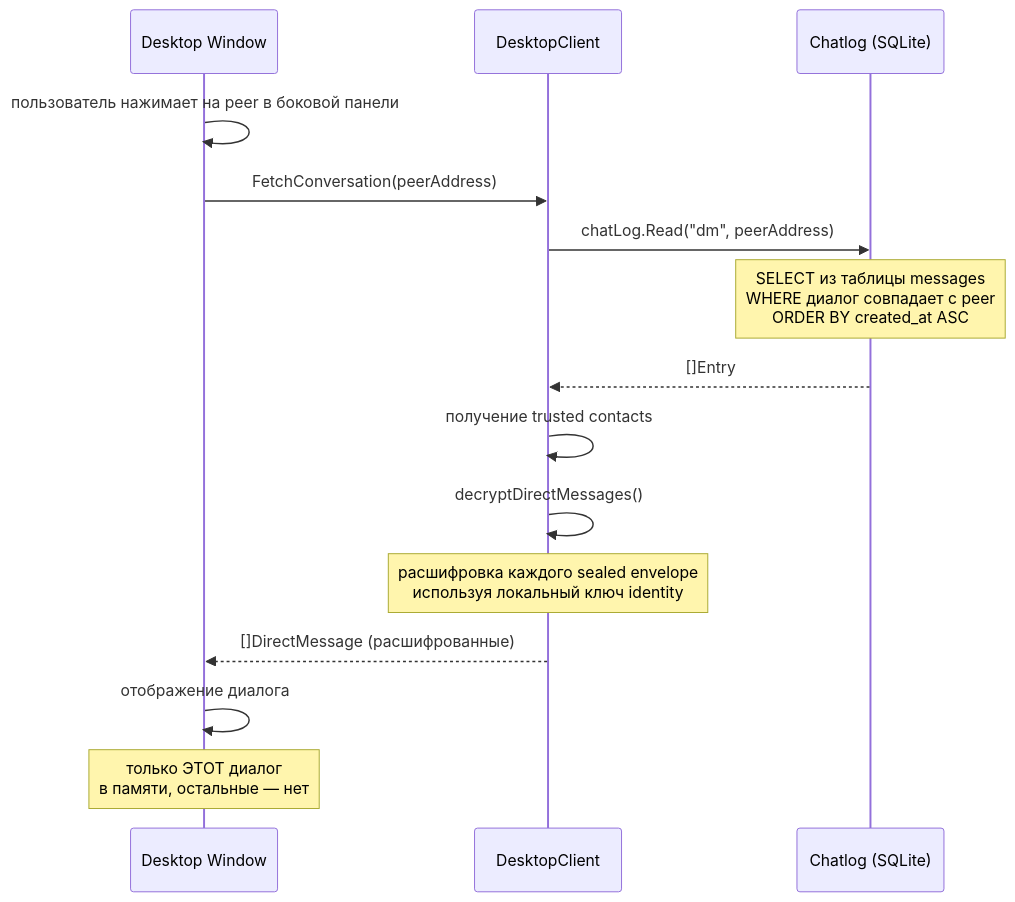
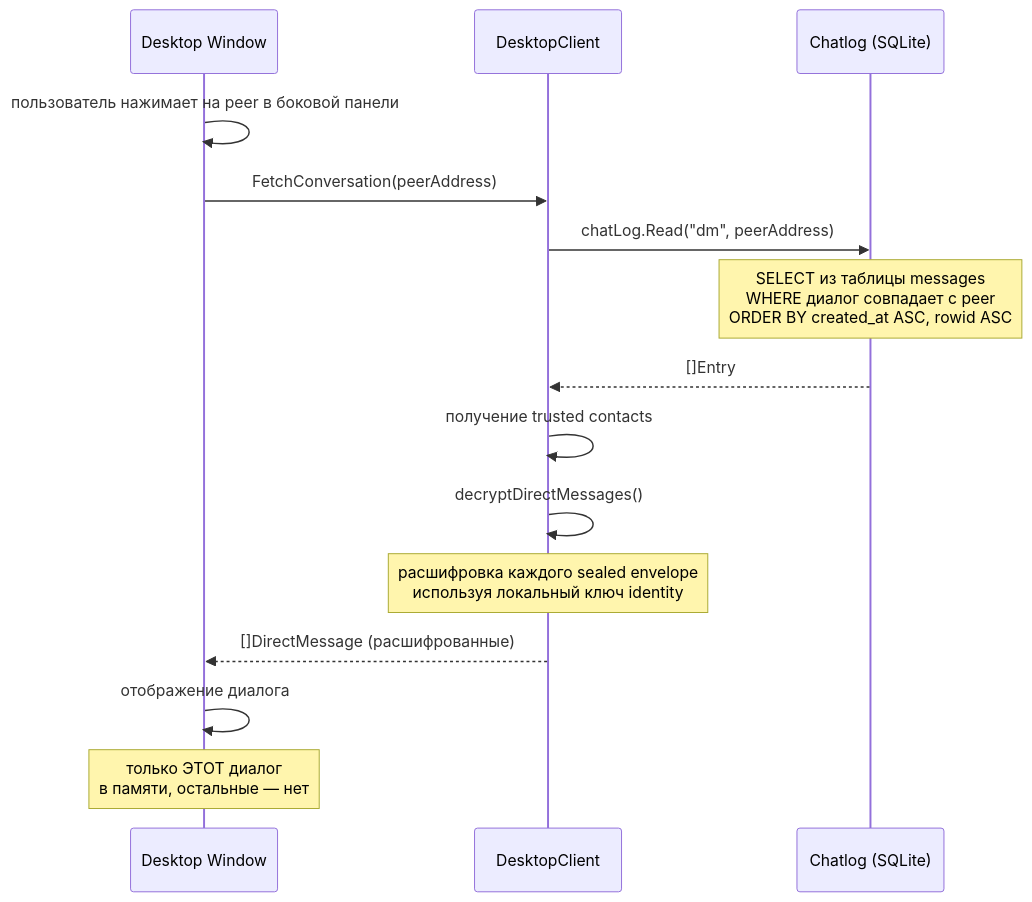
Diagram 13 of 16 in docs/chatlog.md (piratecash/corsa), drawn with Mermaid before and after one commit. The commit also changed other lines of this file and 19 other files, not shown here.

````diff
--- a/docs/chatlog.md
+++ b/docs/chatlog.md
@@ -1243,18 +1266,18 @@
 ```mermaid
 sequenceDiagram
     participant UI as Desktop Window
     participant SVC as DesktopClient
     participant LOG as Chatlog (SQLite)
 
     UI->>UI: пользователь нажимает на peer в боковой панели
     UI->>SVC: FetchConversation(peerAddress)
     SVC->>LOG: chatLog.Read("dm", peerAddress)
-    Note over LOG: SELECT из таблицы messages<br/>WHERE диалог совпадает с peer<br/>ORDER BY created_at ASC
+    Note over LOG: SELECT из таблицы messages<br/>WHERE диалог совпадает с peer<br/>ORDER BY created_at ASC, rowid ASC
     LOG-->>SVC: []Entry
     SVC->>SVC: получение trusted contacts
     SVC->>SVC: decryptDirectMessages()
     Note over SVC: расшифровка каждого sealed envelope<br/>используя локальный ключ identity
     SVC-->>UI: []DirectMessage (расшифрованные)
     UI->>UI: отображение диалога
     Note over UI: только ЭТОТ диалог<br/>в памяти, остальные — нет
 ```
````
